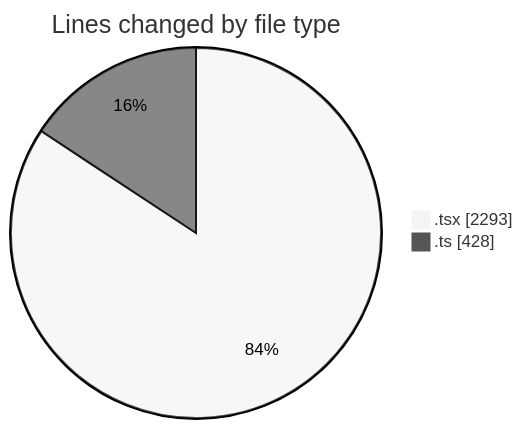
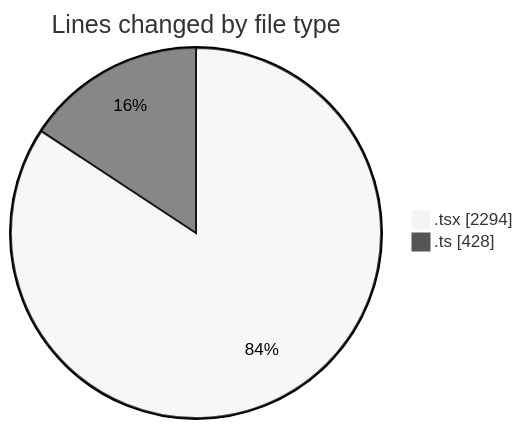
The first of 2 diagrams in 2026-06-19/nxtqube_webapp/README.md (nxtqubesakshisongat/code-tracking), drawn with Mermaid (neutral theme) before and after one commit. The commit also changed other lines of this file and 1 other file, not shown here.

````diff
--- a/2026-06-19/nxtqube_webapp/README.md
+++ b/2026-06-19/nxtqube_webapp/README.md
@@ -22,6 +22,6 @@
 ```mermaid
 pie showData
 title Lines changed by file type
-".tsx" : 2293
+".tsx" : 2294
 ".ts" : 428
 ```
````
